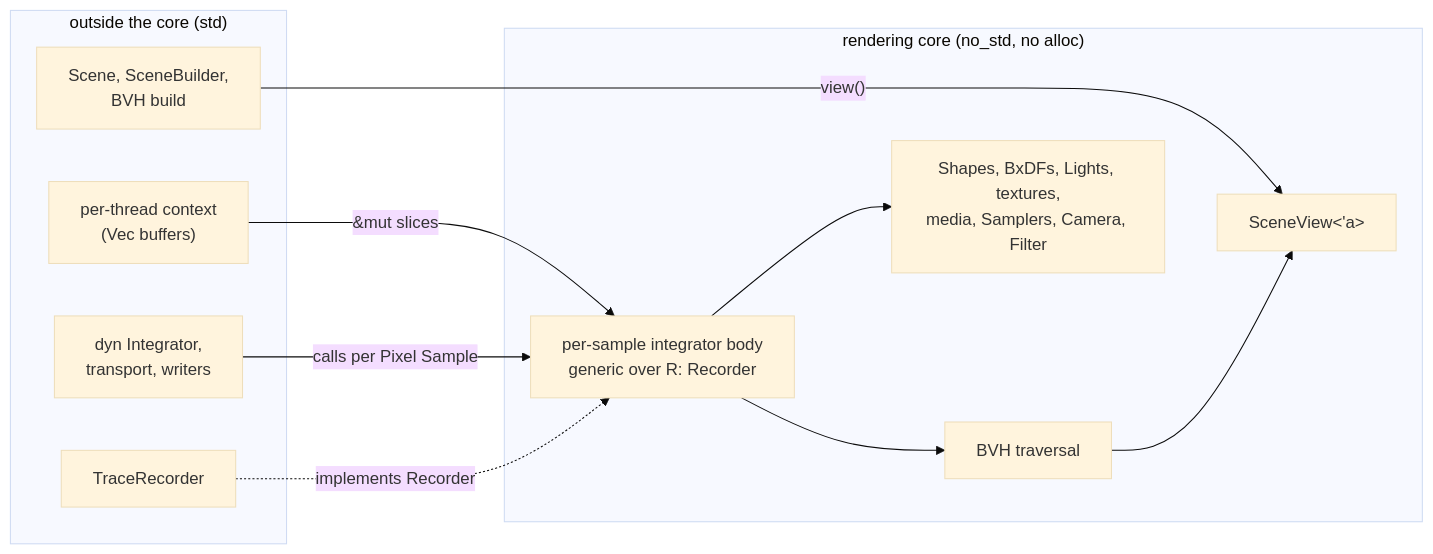
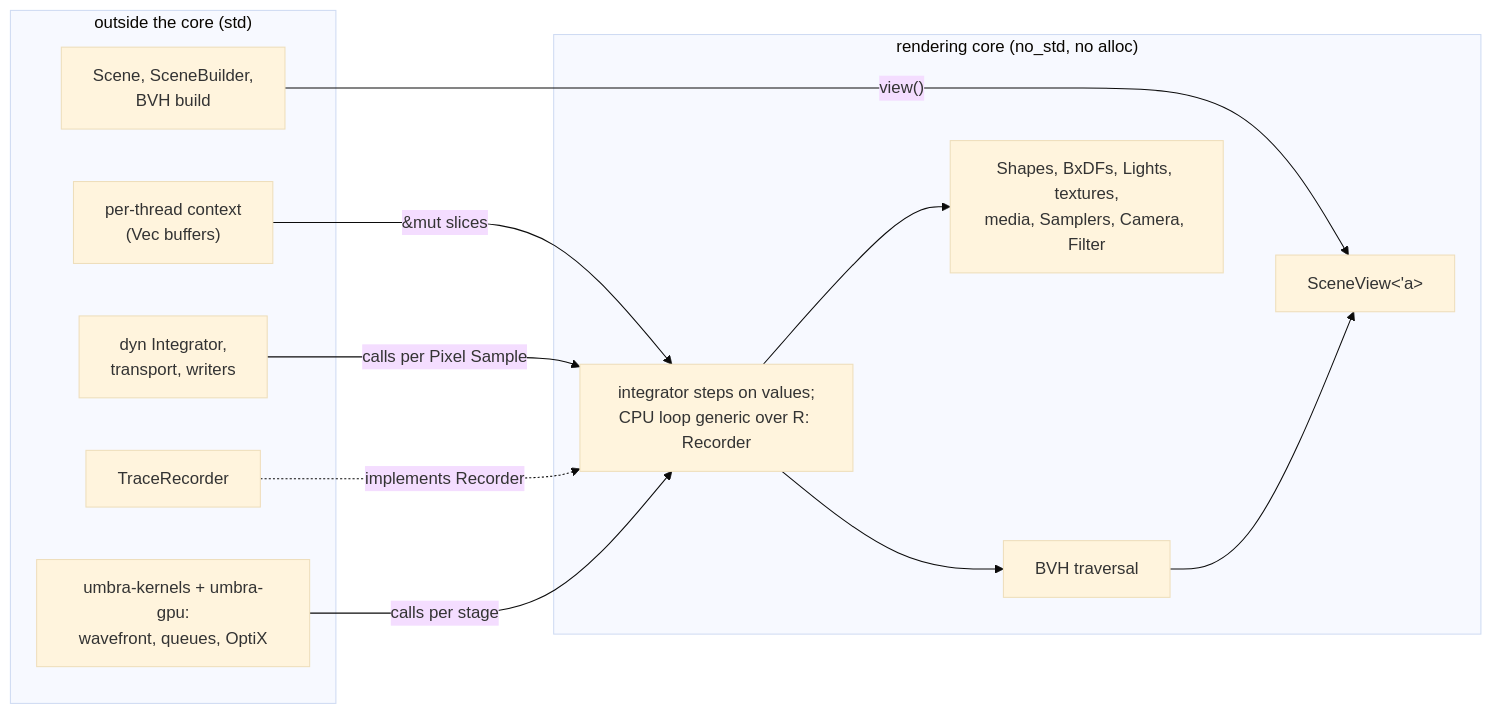
Before and after one commit to sergioffpc/umbra: the tenth of 11 diagrams in docs/architecture/08-crosscutting-concepts.md, drawn with Mermaid (base theme). The commit also changed other lines of this file and 24 other files, not shown here.

````diff
--- a/docs/architecture/08-crosscutting-concepts.md
+++ b/docs/architecture/08-crosscutting-concepts.md
@@ -301,22 +307,24 @@
 ```mermaid
 flowchart LR
     subgraph host["outside the core (std)"]
         S["Scene, SceneBuilder,<br/>BVH build"]
         T["per-thread context<br/>(Vec buffers)"]
         I["dyn Integrator,<br/>transport, writers"]
         R["TraceRecorder"]
+        G["umbra-kernels + umbra-gpu:<br/>wavefront, queues, OptiX"]
     end
     subgraph core["rendering core (no_std, no alloc)"]
         V["SceneView&lt;'a&gt;"]
         K["Shapes, BxDFs, Lights, textures,<br/>media, Samplers, Camera, Filter"]
         B["BVH traversal"]
-        P["per-sample integrator body<br/>generic over R: Recorder"]
+        P["integrator steps on values;<br/>CPU loop generic over R: Recorder"]
     end
     S -->|"view()"| V
     T -->|"&mut slices"| P
     I -->|"calls per Pixel Sample"| P
     R -.->|"implements Recorder"| P
+    G -->|"calls per stage"| P
     P --> K
     P --> B
     B --> V
 ```
````
